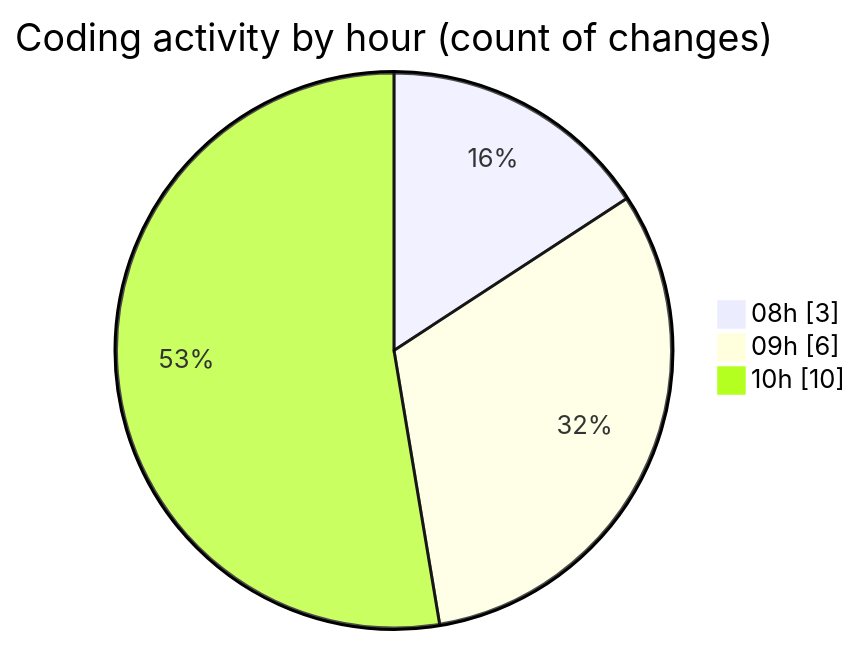
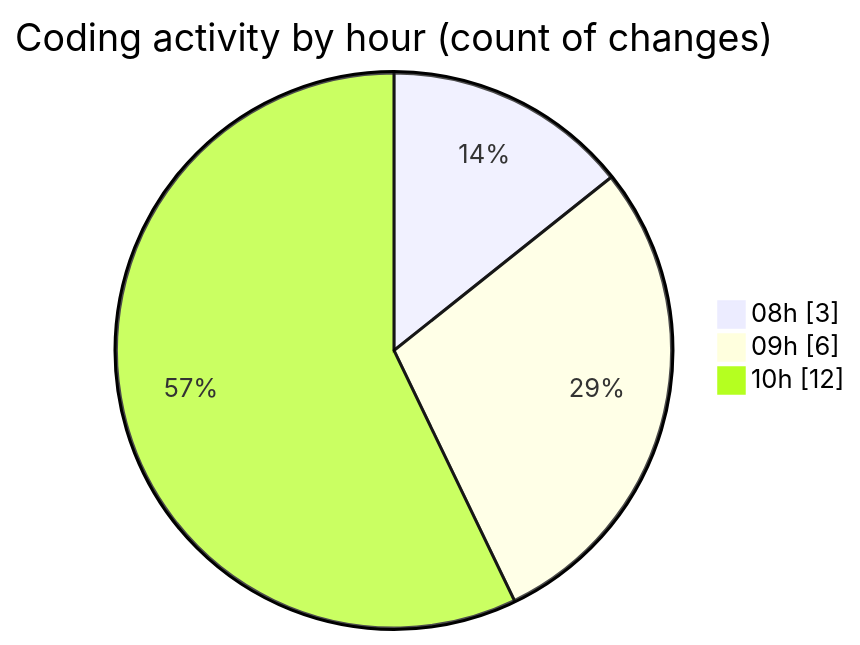
One commit to BS-eng2023/code-tracking changed the second of 2 diagrams in 2025-04-01/jsvms/README.md. Above: the diagram before and after it, drawn with Mermaid. The commit also changed other lines of this file and 1 other file, not shown here.

````diff
--- a/2025-04-01/jsvms/README.md
+++ b/2025-04-01/jsvms/README.md
@@ -40,7 +40,7 @@
 ```mermaid
 pie showData
 title Coding activity by hour (count of changes)
 "08h" : 3
 "09h" : 6
-"10h" : 10
+"10h" : 12
 ```
````
